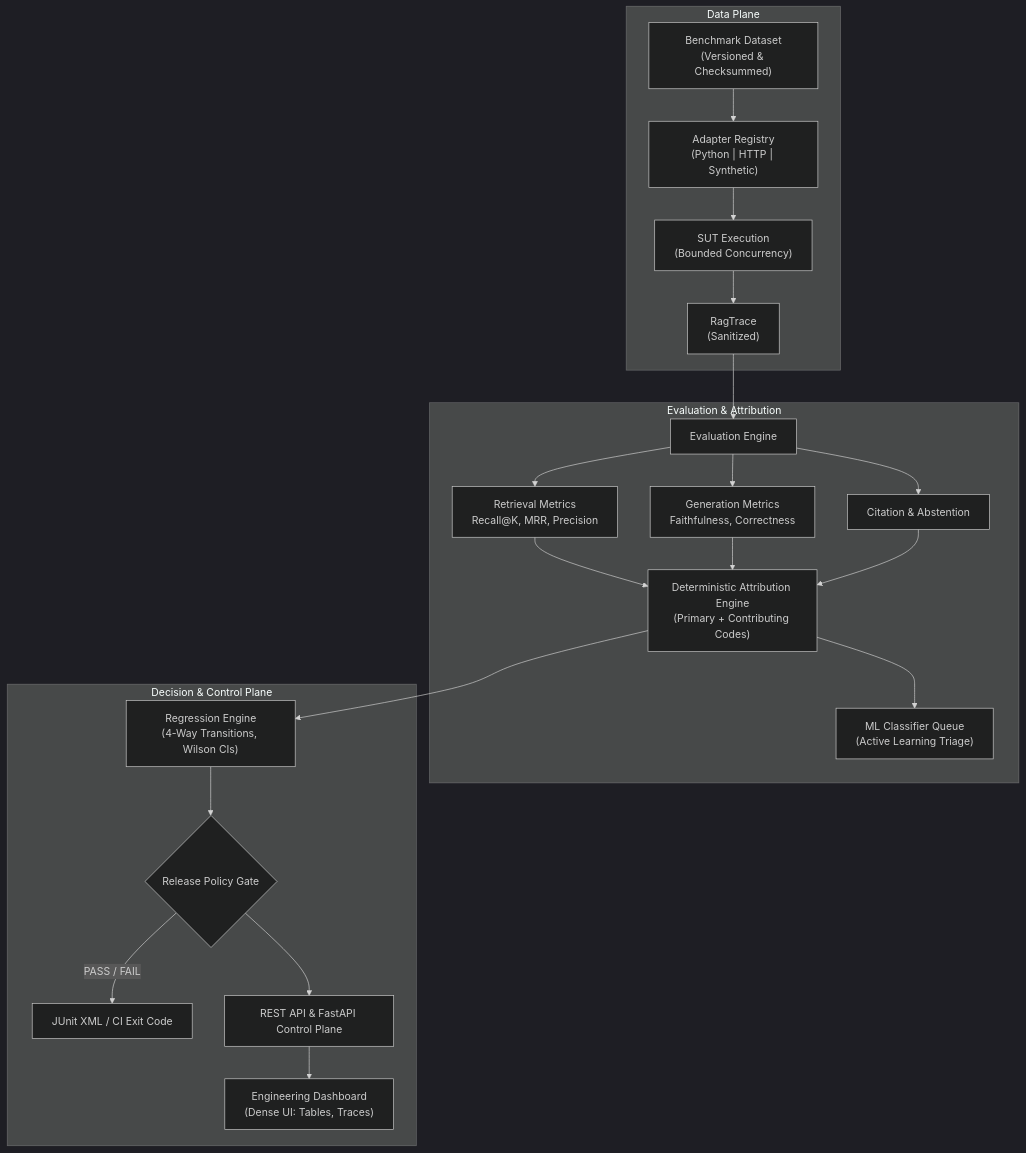
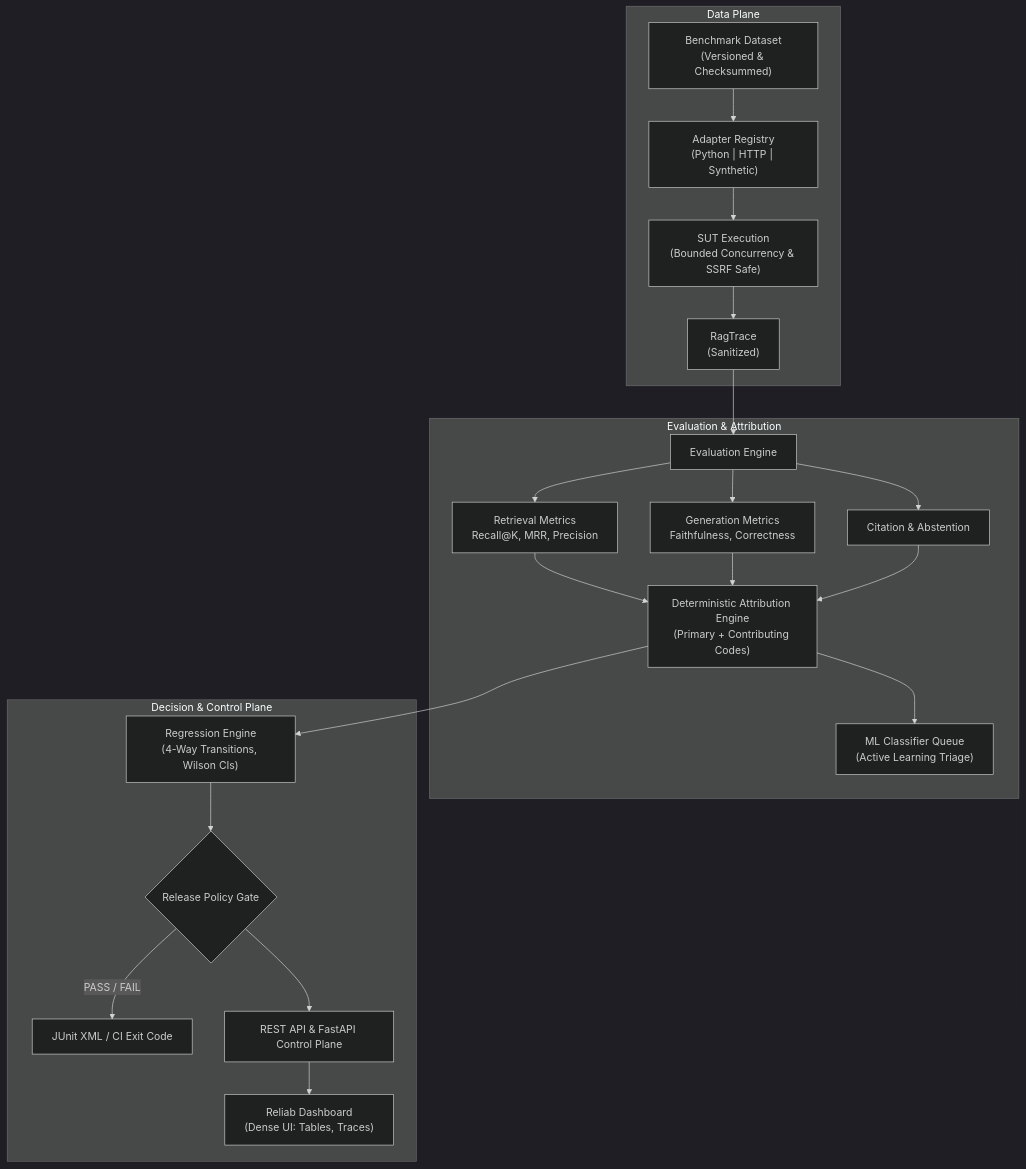
The diagram in README.md (harsh-1o/Reliab), drawn with Mermaid (dark theme) before and after one commit. The commit also changed other lines of this file and 21 other files, not shown here.

````diff
--- a/README.md
+++ b/README.md
@@ -59,25 +69,25 @@
 ```mermaid
 flowchart TD
     subgraph DataPlane["Data Plane"]
         A["Benchmark Dataset<br/>(Versioned & Checksummed)"] --> B["Adapter Registry<br/>(Python | HTTP | Synthetic)"]
-        B --> C["SUT Execution<br/>(Bounded Concurrency)"]
+        B --> C["SUT Execution<br/>(Bounded Concurrency & SSRF Safe)"]
         C --> D["RagTrace<br/>(Sanitized)"]
     end
 
     subgraph EvalPlane["Evaluation & Attribution"]
         D --> E["Evaluation Engine"]
         E --> F1["Retrieval Metrics<br/>Recall@K, MRR, Precision"]
         E --> F2["Generation Metrics<br/>Faithfulness, Correctness"]
         E --> F3["Citation & Abstention"]
         F1 & F2 & F3 --> G["Deterministic Attribution Engine<br/>(Primary + Contributing Codes)"]
         G --> H["ML Classifier Queue<br/>(Active Learning Triage)"]
     end
 
     subgraph DecisionPlane["Decision & Control Plane"]
         G --> I["Regression Engine<br/>(4-Way Transitions, Wilson CIs)"]
         I --> J{"Release Policy Gate"}
         J -->|"PASS / FAIL"| K["JUnit XML / CI Exit Code"]
         J --> L["REST API & FastAPI Control Plane"]
-        L --> M["Engineering Dashboard<br/>(Dense UI: Tables, Traces)"]
+        L --> M["Reliab Dashboard<br/>(Dense UI: Tables, Traces)"]
     end
 ```
````
